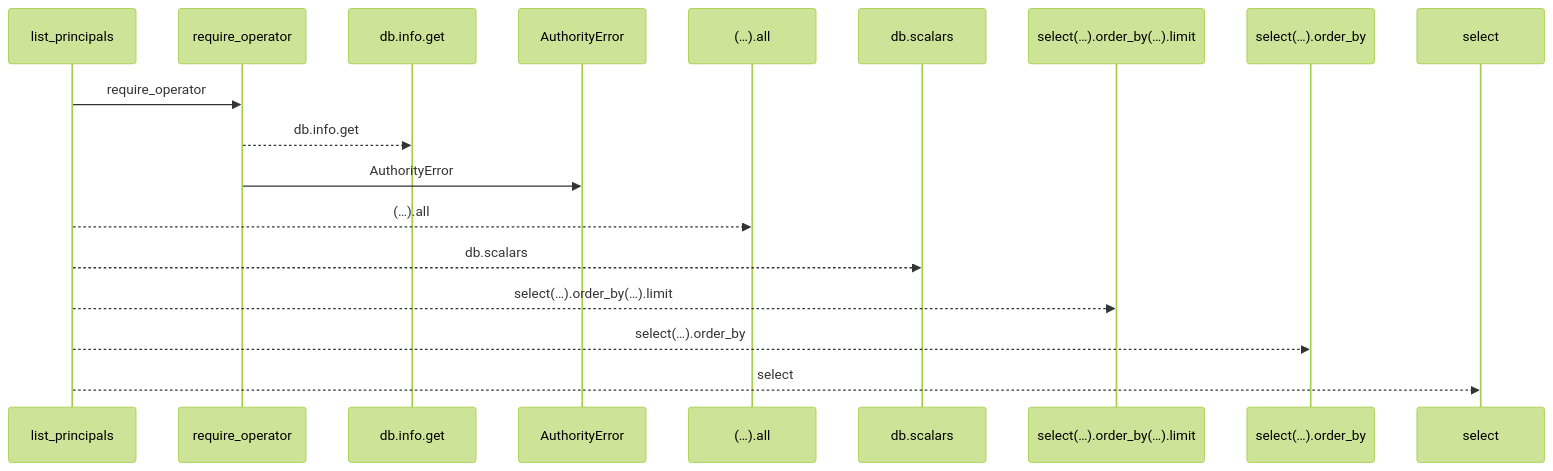
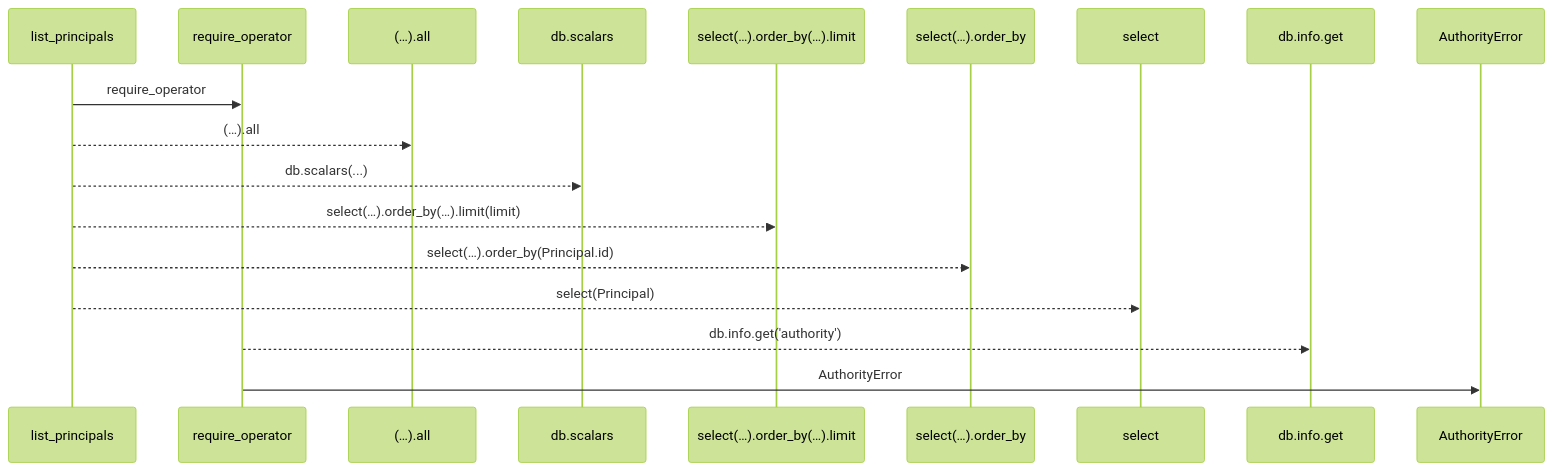
Before and after one commit to Denissvgn/WorkChord: the first of 2 diagrams in docs/llm_wiki/flows/http-list_principals.md, drawn with Mermaid (forest theme). The commit also changed other lines of this file and 25171 other files, not shown here.

````diff
--- a/docs/llm_wiki/flows/http-list_principals.md
+++ b/docs/llm_wiki/flows/http-list_principals.md
@@ -10,20 +12,20 @@
 ```mermaid
 sequenceDiagram
     participant p0 as list_principals
     participant p1 as require_operator
-    participant p2 as db.info.get
-    participant p3 as AuthorityError
-    participant p4 as (…).all
-    participant p5 as db.scalars
-    participant p6 as select(…).order_by(…).limit
-    participant p7 as select(…).order_by
-    participant p8 as select
+    participant p2 as (…).all
+    participant p3 as db.scalars
+    participant p4 as select(…).order_by(…).limit
+    participant p5 as select(…).order_by
+    participant p6 as select
+    participant p7 as db.info.get
+    participant p8 as AuthorityError
     p0->>p1: require_operator
-    p1-->>p2: db.info.get
-    p1->>p3: AuthorityError
-    p0-->>p4: (…).all
-    p0-->>p5: db.scalars
-    p0-->>p6: select(…).order_by(…).limit
-    p0-->>p7: select(…).order_by
-    p0-->>p8: select
+    p0-->>p2: (…).all
+    p0-->>p3: db.scalars(...)
+    p0-->>p4: select(…).order_by(…).limit(limit)
+    p0-->>p5: select(…).order_by(Principal.id)
+    p0-->>p6: select(Principal)
+    p1-->>p7: db.info.get('authority')
+    p1->>p8: AuthorityError
 ```
````
